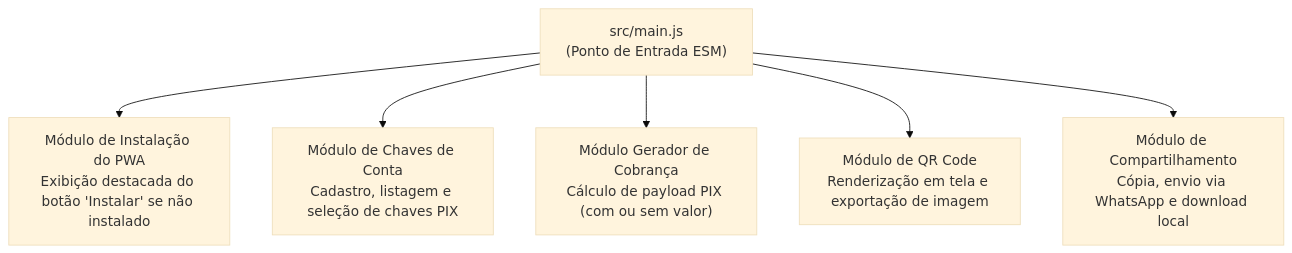
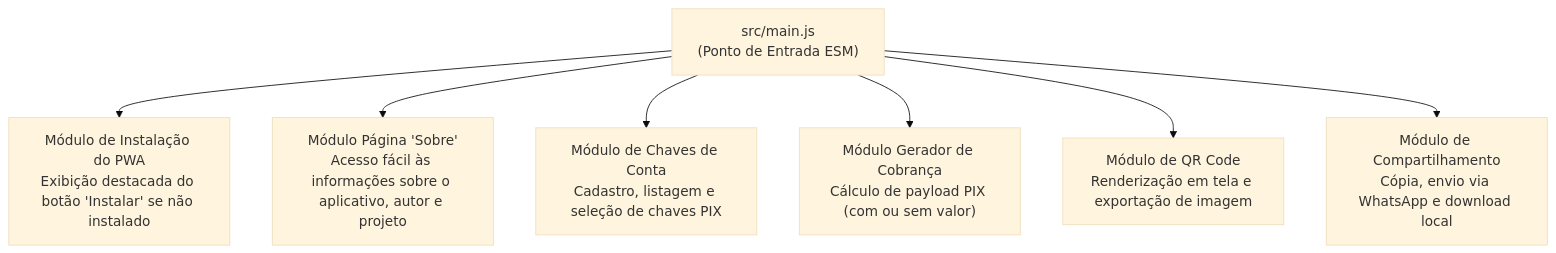
One commit to luizcanet/mandaumpix.app changed the diagram in docs/design/modules.md. Above: the diagram before and after it, drawn with Mermaid (base theme). The commit also changed other lines of this file and 9 other files, not shown here.

Commit message:
docs: document business rule RN07 and about page architecture and design

````diff
--- a/docs/design/modules.md
+++ b/docs/design/modules.md
@@ -63,8 +63,9 @@
 ```mermaid
 flowchart TD
     Entry["src/main.js<br/>(Ponto de Entrada ESM)"] --> InstallMod["Módulo de Instalação do PWA<br/>Exibição destacada do botão 'Instalar' se não instalado"]
+    Entry --> AboutMod["Módulo Página 'Sobre'<br/>Acesso fácil às informações sobre o aplicativo, autor e projeto"]
     Entry --> KeyMod["Módulo de Chaves de Conta<br/>Cadastro, listagem e seleção de chaves PIX"]
     Entry --> ChargeMod["Módulo Gerador de Cobrança<br/>Cálculo de payload PIX (com ou sem valor)"]
     Entry --> QRMod["Módulo de QR Code<br/>Renderização em tela e exportação de imagem"]
     Entry --> ShareMod["Módulo de Compartilhamento<br/>Cópia, envio via WhatsApp e download local"]
 ```
````
